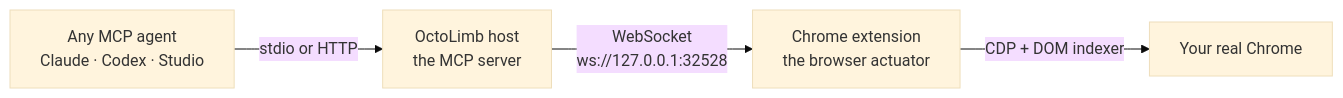
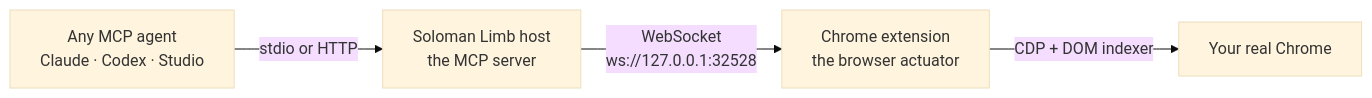
The diagram in README.md (kaleemibnanwar/solomanlimb), drawn with Mermaid (base theme) before and after one commit. The commit also changed other lines of this file and 1 other file, not shown here.

Commit message:
Rebrand README to Soloman Limb; update ecosystem links; keep octolimb CLI/extension names accurate

````diff
--- a/README.md
+++ b/README.md
@@ -26,6 +26,6 @@
 ```mermaid
 flowchart LR
-    A["Any MCP agent<br/>Claude · Codex · Studio"] -->|stdio or HTTP| B["OctoLimb host<br/>the MCP server"]
+    A["Any MCP agent<br/>Claude · Codex · Studio"] -->|stdio or HTTP| B["Soloman Limb host<br/>the MCP server"]
     B -->|WebSocket<br/>ws://127.0.0.1:32528| C["Chrome extension<br/>the browser actuator"]
     C -->|CDP + DOM indexer| D["Your real Chrome"]
 ```
````
